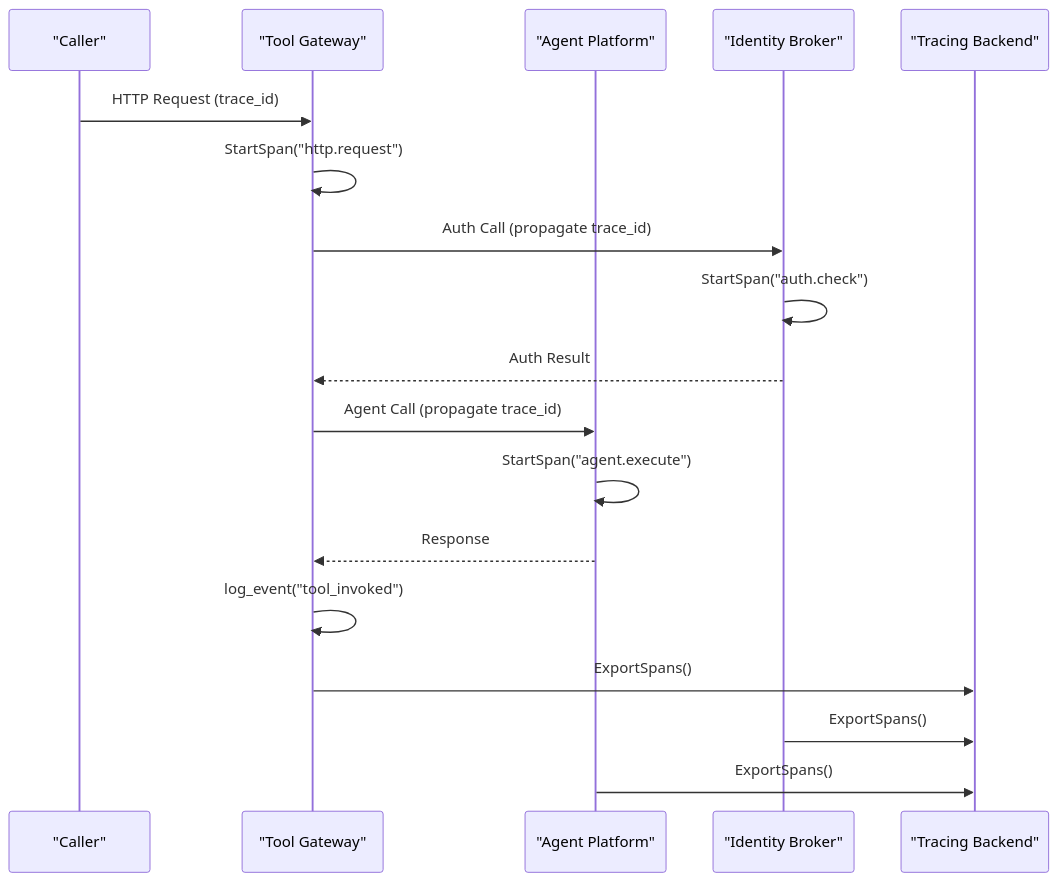
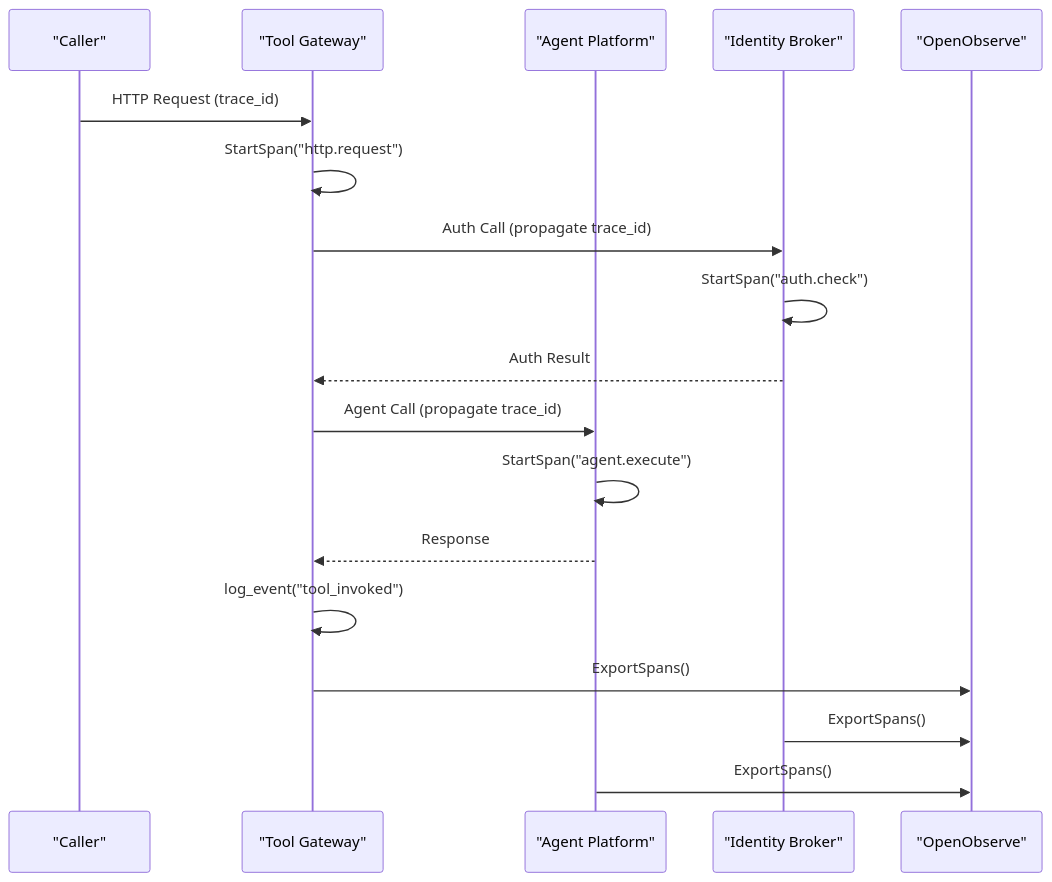
The sixth of 10 diagrams in .qoder/repowiki/en/content/Monitoring and Observability/Monitoring and Observability.md (metasync/luban-aiops), drawn with Mermaid before and after one commit. The commit also changed other lines of this file and 71 other files, not shown here.

Commit message:
docs: refresh repowiki knowledge cache after OpenObserve telemetry enablement

````diff
--- a/.qoder/repowiki/en/content/Monitoring and Observability/Monitoring and Observability.md
+++ b/.qoder/repowiki/en/content/Monitoring and Observability/Monitoring and Observability.md
@@ -264,20 +344,20 @@
 ```mermaid
 sequenceDiagram
 participant Caller as "Caller"
 participant Gateway as "Tool Gateway"
 participant Agent as "Agent Platform"
 participant Identity as "Identity Broker"
-participant Tracer as "Tracing Backend"
+participant OpenObserve as "OpenObserve"
 Caller->>Gateway : HTTP Request (trace_id)
 Gateway->>Gateway : StartSpan("http.request")
 Gateway->>Identity : Auth Call (propagate trace_id)
 Identity->>Identity : StartSpan("auth.check")
 Identity-->>Gateway : Auth Result
 Gateway->>Agent : Agent Call (propagate trace_id)
 Agent->>Agent : StartSpan("agent.execute")
 Agent-->>Gateway : Response
 Gateway->>Gateway : log_event("tool_invoked")
-Gateway->>Tracer : ExportSpans()
-Identity->>Tracer : ExportSpans()
-Agent->>Tracer : ExportSpans()
+Gateway->>OpenObserve : ExportSpans()
+Identity->>OpenObserve : ExportSpans()
+Agent->>OpenObserve : ExportSpans()
 ```
````
